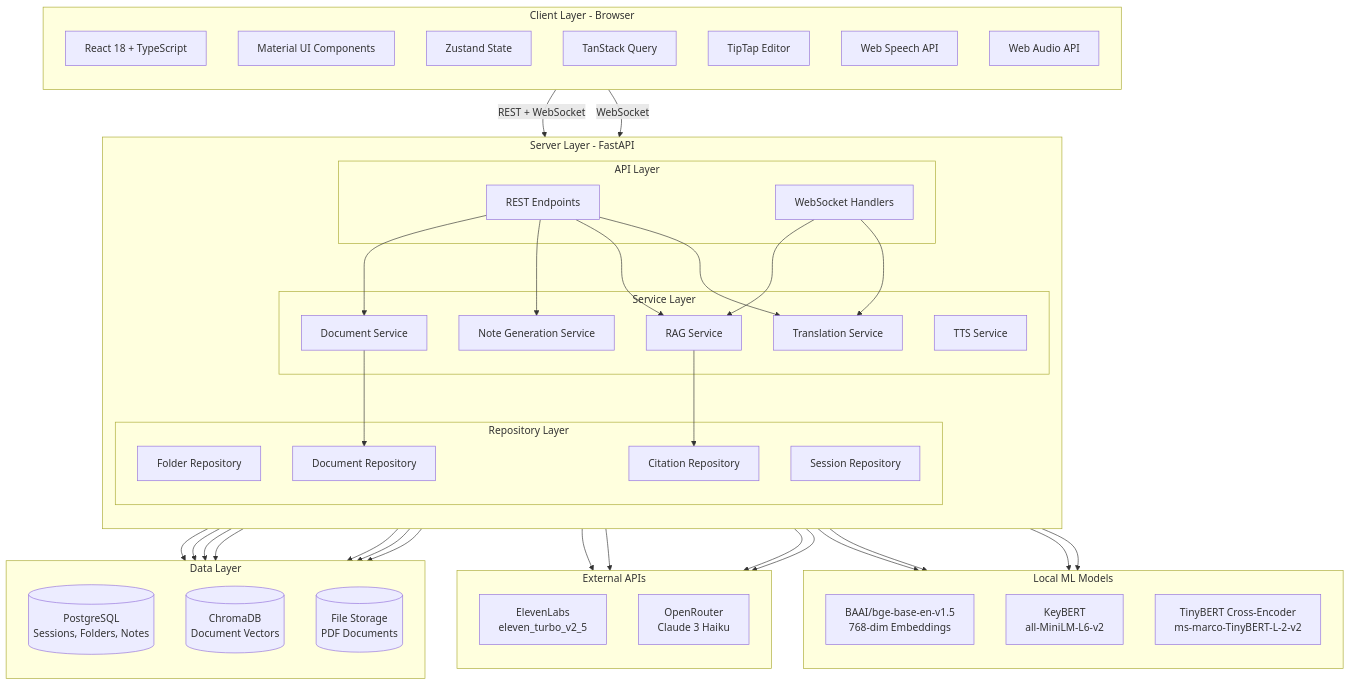
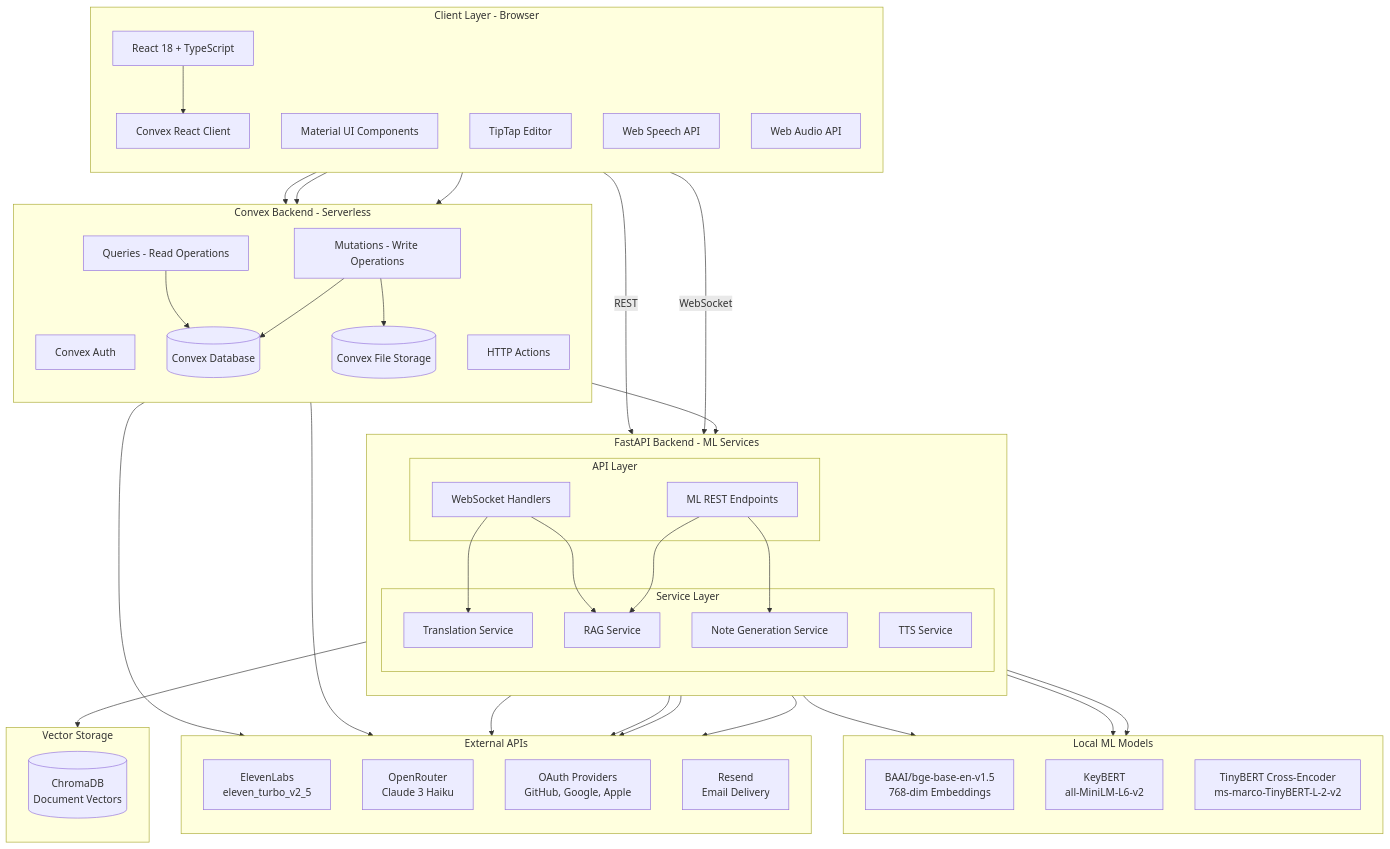
Before and after one commit to AbeerDas/Rosetta-HackHive: the third of 4 diagrams in docs/PRD.md, drawn with Mermaid. The commit also changed other lines of this file and 104 other files, not shown here.

Commit message:
made everything cloud based (postgres to convex, chromadb to pinecone, backend to render)

````diff
--- a/docs/PRD.md
+++ b/docs/PRD.md
@@ -577,31 +587,33 @@
         direction TB
         REACT[React 18 + TypeScript]
         MUI[Material UI Components]
-        ZUSTAND[Zustand State]
-        TANSTACK[TanStack Query]
+        CONVEX_CLIENT[Convex React Client]
         TIPTAP[TipTap Editor]
         WEBSPEECH[Web Speech API]
         WEBAUDIO[Web Audio API]
     end
 
-    subgraph server [Server Layer - FastAPI]
+    subgraph convex [Convex Backend - Serverless]
+        direction TB
+        AUTH[Convex Auth]
+        QUERIES[Queries - Read Operations]
+        MUTATIONS[Mutations - Write Operations]
+        ACTIONS[HTTP Actions]
+        CONVEX_DB[(Convex Database)]
+        CONVEX_FILES[(Convex File Storage)]
+    end
+
+    subgraph fastapi [FastAPI Backend - ML Services]
         direction TB
         subgraph api [API Layer]
-            REST[REST Endpoints]
             WS[WebSocket Handlers]
+            ML_REST[ML REST Endpoints]
         end
         subgraph services [Service Layer]
             TRANS_SVC[Translation Service]
             RAG_SVC[RAG Service]
             NOTES_SVC[Note Generation Service]
-            DOC_SVC[Document Service]
             TTS_SVC[TTS Service]
-        end
-        subgraph repos [Repository Layer]
-            FOLDER_REPO[Folder Repository]
-            SESSION_REPO[Session Repository]
-            DOC_REPO[Document Repository]
-            CITATION_REPO[Citation Repository]
         end
     end
 
@@ -616,32 +628,45 @@
         direction TB
         ELEVEN[ElevenLabs<br/>eleven_turbo_v2_5]
         OPENROUTER[OpenRouter<br/>Claude 3 Haiku]
+        OAUTH[OAuth Providers<br/>GitHub, Google, Apple]
+        RESEND[Resend<br/>Email Delivery]
     end
 
-    subgraph data [Data Layer]
+    subgraph vectordb [Vector Storage]
         direction TB
-        POSTGRES[(PostgreSQL<br/>Sessions, Folders, Notes)]
         CHROMA[(ChromaDB<br/>Document Vectors)]
-        FILES[(File Storage<br/>PDF Documents)]
     end
 
-    %% Client to Server
-    REACT -->|REST + WebSocket| REST
+    %% Client to Convex
+    REACT --> CONVEX_CLIENT
+    CONVEX_CLIENT --> AUTH
+    CONVEX_CLIENT --> QUERIES
+    CONVEX_CLIENT --> MUTATIONS
+    
+    %% Client to FastAPI (ML only)
     REACT -->|WebSocket| WS
+    REACT -->|REST| ML_REST
 
-    %% API to Services
-    REST --> TRANS_SVC
-    REST --> RAG_SVC
-    REST --> NOTES_SVC
-    REST --> DOC_SVC
+    %% Convex Auth
+    AUTH --> OAUTH
+    AUTH --> RESEND
+
+    %% Convex Data
+    QUERIES --> CONVEX_DB
+    MUTATIONS --> CONVEX_DB
+    MUTATIONS --> CONVEX_FILES
+    ACTIONS --> fastapi
+
+    %% FastAPI Services
     WS --> TRANS_SVC
     WS --> RAG_SVC
+    ML_REST --> NOTES_SVC
+    ML_REST --> RAG_SVC
 
     %% Services to Local ML
     RAG_SVC --> BGE
     RAG_SVC --> KEYBERT
     RAG_SVC --> TINYBERT
-    DOC_SVC --> BGE
 
     %% Services to External
     TRANS_SVC --> ELEVEN
@@ -649,16 +674,6 @@
     NOTES_SVC --> OPENROUTER
     TTS_SVC --> ELEVEN
 
-    %% Services to Repositories
-    DOC_SVC --> DOC_REPO
-    RAG_SVC --> CITATION_REPO
-
-    %% Repositories to Data
-    FOLDER_REPO --> POSTGRES
-    SESSION_REPO --> POSTGRES
-    DOC_REPO --> POSTGRES
-    DOC_REPO --> FILES
-    CITATION_REPO --> POSTGRES
+    %% RAG to Vector DB
     RAG_SVC --> CHROMA
-    DOC_SVC --> CHROMA
 ```
````
